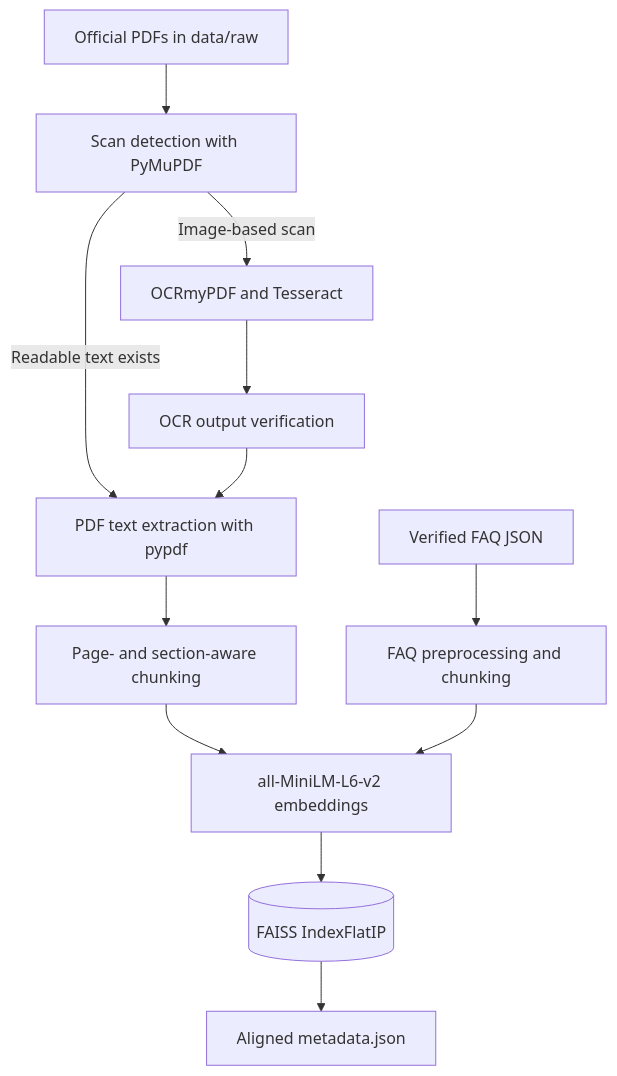
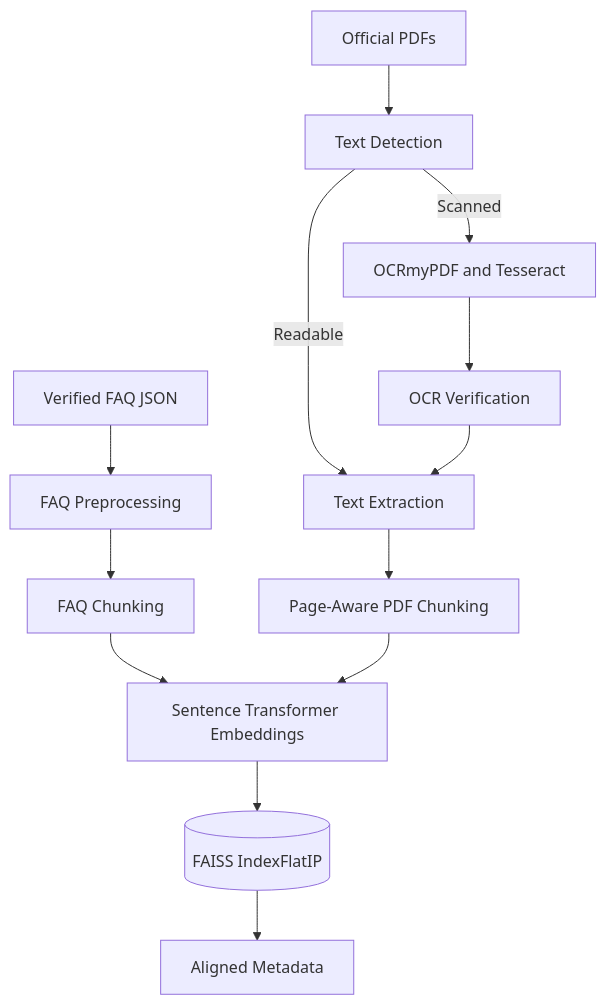
Before and after one commit to AnalyticPalmer/nysc-faq-chatbot: the third of 3 diagrams in README.md, drawn with Mermaid. The commit also changed other lines of this file and 5 other files, not shown here.

Commit message:
Add architecture diagram and finalize project documentation

````diff
--- a/README.md
+++ b/README.md
@@ -117,14 +199,17 @@
 ```mermaid
 flowchart TD
-    P[Official PDFs in data/raw] --> D[Scan detection with PyMuPDF]
-    D -->|Readable text exists| E[PDF text extraction with pypdf]
-    D -->|Image-based scan| O[OCRmyPDF and Tesseract]
-    O --> V[OCR output verification]
-    V --> E
-    E --> C[Page- and section-aware chunking]
-    FQ[Verified FAQ JSON] --> FC[FAQ preprocessing and chunking]
-    C --> M[all-MiniLM-L6-v2 embeddings]
-    FC --> M
-    M --> I[(FAISS IndexFlatIP)]
-    I --> MD[Aligned metadata.json]
+    FQ[Verified FAQ JSON] --> FP[FAQ Preprocessing]
+    FP --> FC[FAQ Chunking]
+    FC --> E[Sentence Transformer Embeddings]
+
+    PDF[Official PDFs] --> TD[Text Detection]
+    TD -->|Readable| TE[Text Extraction]
+    TD -->|Scanned| OCR[OCRmyPDF and Tesseract]
+    OCR --> OV[OCR Verification]
+    OV --> TE
+    TE --> PC[Page-Aware PDF Chunking]
+    PC --> E
+
+    E --> I[(FAISS IndexFlatIP)]
+    I --> MD[Aligned Metadata]
 ```
````
